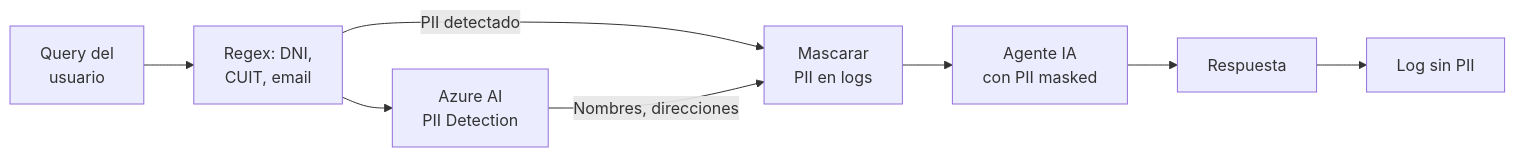
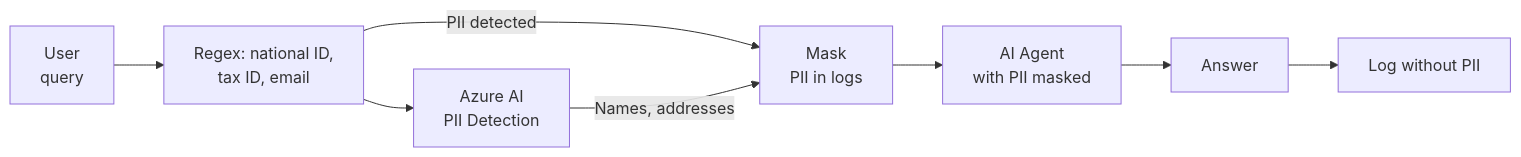
Before and after one commit to pablonux/legal-ai-ar: the diagram in docs/technical/06-ai-security-compliance.md, drawn with Mermaid. The commit also changed other lines of this file and 1 other file, not shown here.

````diff
--- a/docs/technical/06-ai-security-compliance.md
+++ b/docs/technical/06-ai-security-compliance.md
@@ -51,10 +51,10 @@
 ```mermaid
 flowchart LR
-    INPUT[Query del<br/>usuario] --> REGEX[Regex: DNI,<br/>CUIT, email]
-    REGEX -->|PII detectado| MASK[Mascarar<br/>PII en logs]
+    INPUT[User<br/>query] --> REGEX[Regex: national ID,<br/>tax ID, email]
+    REGEX -->|PII detected| MASK[Mask<br/>PII in logs]
     REGEX --> PII_AI[Azure AI<br/>PII Detection]
-    PII_AI -->|Nombres, direcciones| MASK
-    MASK --> AGENT[Agente IA<br/>con PII masked]
-    AGENT --> OUTPUT[Respuesta]
-    OUTPUT --> LOG[Log sin PII]
+    PII_AI -->|Names, addresses| MASK
+    MASK --> AGENT[AI Agent<br/>with PII masked]
+    AGENT --> OUTPUT[Answer]
+    OUTPUT --> LOG[Log without PII]
 ```
````
